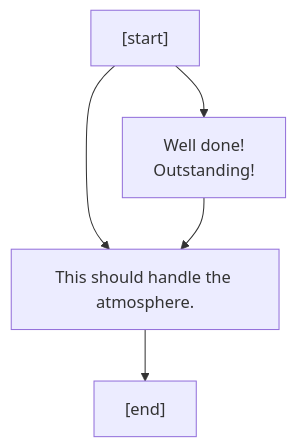
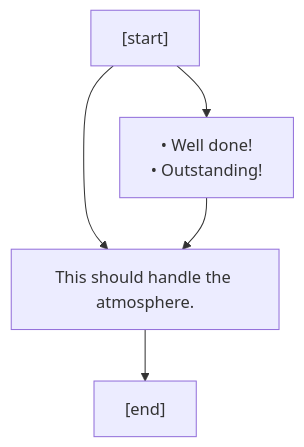
The fifth of 6 diagrams in src/core/lore/graphs/build_and_power.md (charredUtensil/groundhog), drawn with Mermaid before and after one commit. The commit also changed other lines of this file and 7 other files, not shown here.

````diff
--- a/src/core/lore/graphs/build_and_power.md
+++ b/src/core/lore/graphs/build_and_power.md
@@ -68,11 +68,11 @@
 ```mermaid
 flowchart TD;
 P0["[start]"]
 P0 --> P1
 P0 --> P2
-P1["Well done!<br/>Outstanding!"]
+P1["&bull; Well done!<br/>&bull; Outstanding!"]
 P1 --> P2
 P2["This should handle the atmosphere."]
 P2 --> P3
 P3["[end]"]
 ```
````
